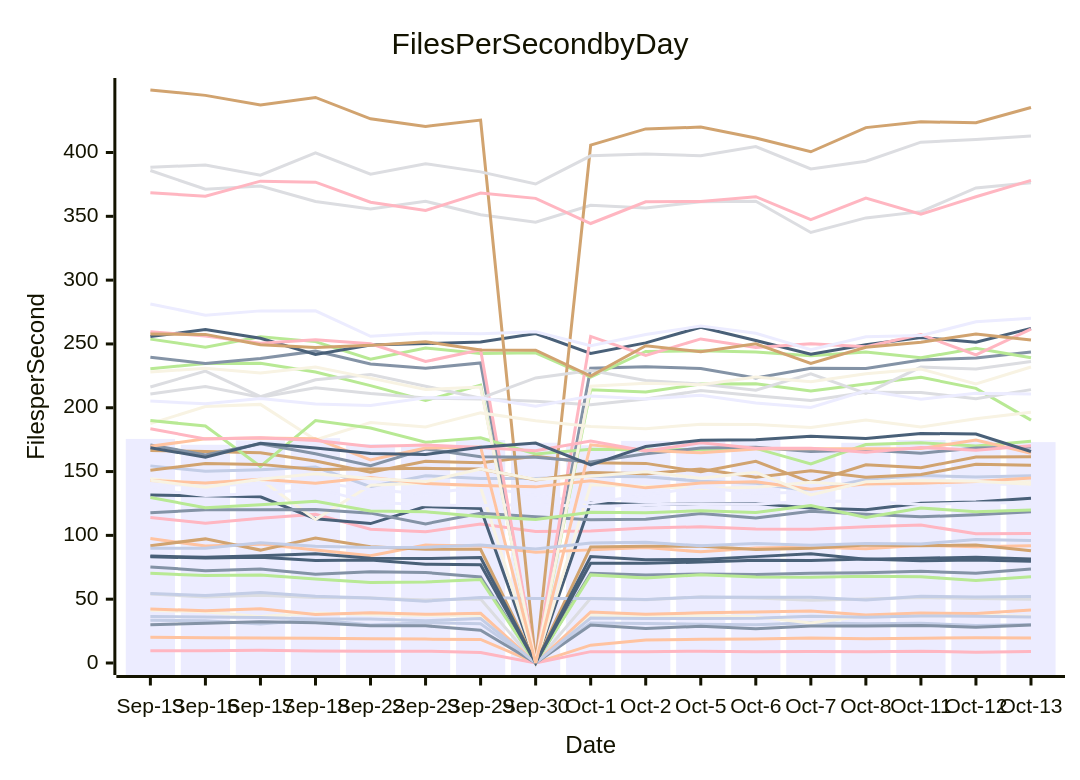
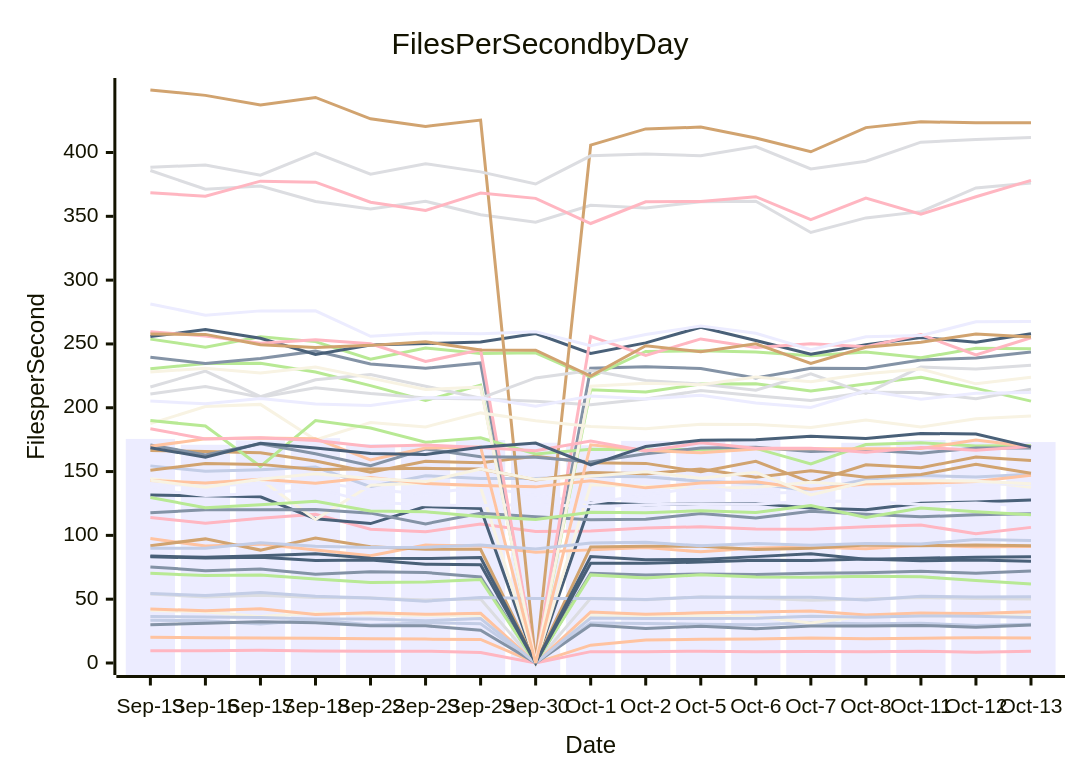
One commit to streetsidesoftware/cspell changed the diagram in perf-report.md. Above: the diagram before and after it, drawn with Mermaid. The commit also changed other lines of this file and 1 other file, not shown here.

````diff
--- a/perf-report.md
+++ b/perf-report.md
@@ -10,56 +10,56 @@
 ```mermaid
 xychart-beta
     title Files Per Second by Day
     y-axis Files per Second
     x-axis Date [Sep-13, Sep-16, Sep-17, Sep-18, Sep-22, Sep-23, Sep-29, Sep-30, Oct-1, Oct-2, Oct-5, Oct-6, Oct-7, Oct-8, Oct-11, Oct-12, Oct-13]
-    bar [175.56, 170.99, 174.42, 176.15, 171.49, 170.60, 174.68, 172.58, 170.62, 174.06, 173.76, 175.18, 167.77, 172.56, 174.72, 174.80, 173.05]
-    line [75.30, 72.34, 73.59, 69.54, 71.59, 70.97, 67.35, 0.00, 70.29, 68.90, 69.72, 69.41, 70.25, 70.73, 71.85, 70.24, 73.68]
-    line [20.10, 19.75, 19.58, 19.44, 18.99, 18.71, 18.44, 0.00, 13.99, 17.93, 18.69, 18.90, 19.50, 18.93, 19.44, 19.72, 19.56]
-    line [54.12, 51.77, 53.09, 51.40, 50.85, 49.44, 50.07, 0.00, 50.63, 49.63, 51.74, 50.84, 49.20, 50.07, 51.24, 50.63, 50.00]
-    line [230.62, 234.72, 234.92, 228.04, 217.32, 205.66, 217.69, 0.00, 214.10, 212.26, 218.65, 218.73, 213.23, 218.63, 223.89, 215.19, 190.30]
-    line [166.56, 165.69, 164.68, 158.25, 149.51, 158.09, 156.96, 161.98, 156.93, 156.41, 149.87, 157.99, 141.60, 155.38, 153.06, 161.38, 161.52]
-    line [154.46, 150.27, 151.44, 153.53, 138.23, 146.78, 144.54, 144.66, 146.29, 145.95, 142.41, 140.78, 134.58, 143.93, 146.90, 145.68, 146.73]
-    line [114.04, 109.51, 113.51, 116.46, 104.81, 102.79, 108.89, 103.13, 103.52, 105.79, 106.73, 104.92, 104.71, 106.75, 108.13, 101.27, 101.40]
-    line [131.63, 130.97, 130.22, 113.06, 109.25, 122.56, 121.09, 0.00, 125.59, 123.97, 124.90, 124.88, 121.42, 120.13, 125.23, 126.18, 129.15]
-    line [144.41, 139.70, 143.74, 112.39, 139.33, 141.10, 137.72, 0.00, 139.61, 138.23, 136.68, 137.77, 141.66, 138.90, 142.32, 142.51, 142.03]
-    line [140.59, 138.57, 140.62, 141.72, 135.93, 132.42, 137.90, 131.39, 125.40, 131.62, 137.96, 132.77, 133.94, 139.73, 137.65, 140.36, 139.64]
-    line [239.64, 234.60, 238.64, 244.36, 234.31, 230.98, 235.16, 0.00, 230.90, 232.18, 230.80, 223.37, 230.96, 230.80, 237.38, 239.08, 243.62]
-    line [97.52, 91.70, 93.14, 88.50, 84.12, 92.41, 91.76, 86.84, 88.64, 90.41, 87.11, 90.10, 90.92, 89.47, 92.20, 91.07, 91.92]
-    line [385.92, 371.23, 373.66, 361.57, 355.78, 361.81, 351.17, 345.43, 358.65, 356.52, 361.50, 361.77, 337.36, 348.77, 353.66, 372.23, 376.33]
-    line [253.77, 247.48, 255.65, 251.83, 237.98, 246.89, 242.54, 243.09, 224.03, 244.08, 244.73, 243.65, 240.74, 243.74, 239.12, 246.59, 239.18]
-    line [91.96, 97.25, 88.47, 97.89, 91.06, 89.08, 89.06, 0.00, 90.96, 91.55, 91.45, 89.01, 89.93, 92.54, 91.94, 92.43, 87.96]
-    line [33.48, 33.18, 30.65, 34.02, 29.87, 31.63, 30.68, 0.00, 31.32, 30.89, 30.33, 30.00, 31.45, 30.76, 31.21, 29.46, 30.12]
-    line [9.67, 9.68, 9.92, 9.37, 9.23, 9.26, 8.29, 0.00, 8.90, 8.75, 9.30, 8.76, 9.01, 8.84, 9.20, 8.48, 9.04]
-    line [255.75, 261.30, 254.48, 241.79, 249.14, 250.28, 251.57, 258.18, 242.58, 250.83, 263.10, 252.70, 241.96, 249.38, 255.08, 251.27, 262.23]
-    line [41.26, 40.08, 36.34, 39.18, 37.74, 37.18, 36.89, 0.00, 37.27, 36.89, 37.25, 36.15, 31.44, 37.05, 36.96, 37.36, 36.62]
-    line [136.08, 131.30, 132.64, 136.81, 125.88, 123.97, 123.26, 124.35, 122.36, 124.05, 124.82, 124.36, 126.90, 126.65, 124.16, 125.33, 125.50]
-    line [117.69, 120.09, 120.05, 120.31, 117.43, 109.01, 117.33, 114.51, 112.29, 112.71, 117.07, 113.67, 118.94, 116.57, 114.56, 116.10, 118.59]
-    line [42.24, 41.01, 42.53, 38.05, 39.43, 38.14, 38.94, 0.00, 39.96, 38.12, 39.36, 39.89, 40.71, 37.67, 39.08, 38.81, 41.50]
-    line [210.80, 216.66, 208.33, 215.69, 211.15, 207.60, 206.93, 205.06, 202.44, 206.85, 213.52, 209.33, 205.65, 212.19, 211.98, 207.11, 214.20]
-    line [70.27, 68.51, 69.01, 65.91, 63.15, 63.41, 65.35, 0.00, 69.02, 66.69, 69.13, 67.47, 67.16, 68.00, 67.55, 64.68, 67.50]
-    line [448.98, 444.77, 437.29, 443.15, 426.39, 420.42, 425.42, 0.00, 405.76, 418.50, 419.89, 411.38, 400.59, 419.52, 424.04, 423.37, 435.23]
-    line [54.54, 52.86, 55.21, 52.35, 50.94, 48.45, 51.30, 50.59, 50.58, 49.72, 51.81, 51.47, 51.46, 49.27, 52.29, 51.68, 52.10]
-    line [259.52, 256.30, 250.62, 253.31, 250.10, 236.21, 245.48, 0.00, 255.93, 241.02, 253.94, 247.24, 250.16, 247.84, 257.30, 241.45, 261.56]
-    line [83.34, 82.19, 82.78, 80.29, 80.65, 77.47, 76.93, 0.00, 78.07, 78.18, 79.10, 80.49, 80.39, 81.56, 80.21, 80.63, 79.65]
-    line [187.59, 200.94, 202.64, 174.86, 188.42, 184.98, 195.97, 189.74, 185.35, 183.52, 187.14, 186.91, 184.49, 190.34, 184.90, 191.40, 196.47]
-    line [281.31, 272.54, 275.91, 275.97, 256.03, 258.54, 258.01, 259.58, 248.67, 257.34, 264.03, 258.40, 245.57, 255.62, 256.53, 267.31, 270.20]
-    line [29.93, 31.17, 32.23, 31.60, 29.23, 29.18, 25.62, 0.00, 29.72, 27.11, 28.75, 26.92, 29.01, 28.90, 29.46, 28.10, 29.79]
-    line [142.95, 141.14, 143.95, 140.92, 145.29, 140.59, 139.11, 138.01, 142.88, 137.23, 141.05, 142.08, 136.09, 140.30, 140.84, 142.21, 144.96]
-    line [216.25, 228.77, 208.66, 221.89, 226.09, 216.90, 207.46, 223.39, 229.16, 221.30, 218.51, 213.71, 226.50, 211.28, 231.85, 230.37, 236.27]
-    line [189.95, 185.74, 153.97, 189.99, 184.11, 172.95, 176.46, 163.78, 167.39, 166.94, 167.31, 168.16, 155.92, 171.13, 172.58, 170.12, 173.76]
-    line [151.06, 156.36, 155.63, 151.63, 151.94, 152.50, 152.06, 143.32, 149.19, 148.32, 152.02, 145.55, 150.72, 145.51, 147.65, 155.73, 154.93]
-    line [36.42, 35.98, 35.70, 34.54, 34.55, 33.11, 34.81, 0.00, 35.17, 34.81, 34.91, 35.03, 36.57, 35.78, 36.79, 36.72, 36.01]
-    line [368.52, 365.71, 377.56, 376.77, 361.09, 354.59, 368.19, 364.07, 344.36, 361.41, 361.68, 365.40, 347.49, 364.22, 351.61, 365.32, 378.19]
-    line [83.78, 82.79, 83.96, 85.57, 82.01, 81.81, 82.67, 0.00, 83.49, 80.99, 81.07, 83.35, 85.60, 81.23, 82.10, 82.91, 81.45]
-    line [228.09, 230.87, 227.16, 231.88, 223.22, 214.31, 216.24, 0.00, 216.91, 219.11, 218.12, 224.03, 220.33, 226.62, 230.28, 218.75, 231.91]
-    line [205.22, 203.09, 207.23, 202.88, 201.82, 207.79, 207.90, 201.29, 209.19, 206.95, 209.81, 203.73, 200.20, 213.26, 206.70, 211.33, 210.86]
-    line [170.88, 163.08, 171.82, 163.97, 154.58, 167.67, 161.60, 161.14, 157.44, 164.03, 168.37, 169.06, 165.80, 166.84, 164.39, 168.52, 169.16]
-    line [169.76, 175.73, 176.36, 175.75, 159.14, 168.41, 169.31, 0.00, 170.99, 166.63, 164.65, 167.66, 167.88, 167.80, 168.10, 174.64, 164.40]
-    line [388.38, 390.24, 382.26, 399.81, 383.04, 391.20, 384.82, 375.34, 397.41, 398.74, 397.51, 404.63, 387.08, 393.22, 408.11, 410.12, 412.98]
-    line [129.64, 121.66, 124.08, 126.72, 119.08, 118.45, 114.87, 112.49, 118.05, 117.81, 119.24, 117.86, 123.32, 114.00, 121.45, 118.50, 119.79]
-    line [257.78, 257.49, 249.43, 247.25, 248.88, 251.75, 245.20, 245.06, 224.85, 248.59, 243.98, 250.11, 234.68, 247.40, 251.29, 257.74, 253.05]
-    line [89.85, 89.86, 94.27, 91.54, 90.45, 90.71, 92.55, 89.39, 93.96, 94.53, 91.86, 93.63, 92.24, 93.65, 93.28, 96.70, 96.02]
-    line [183.51, 175.60, 176.44, 174.39, 169.65, 170.91, 168.95, 166.28, 173.86, 166.13, 172.49, 168.21, 168.21, 165.09, 168.91, 166.70, 170.20]
-    line [168.68, 161.23, 172.09, 168.48, 164.20, 163.31, 169.03, 172.29, 155.24, 169.60, 174.57, 174.90, 177.64, 175.96, 179.86, 179.47, 165.71]
-    line [143.19, 137.67, 143.95, 148.30, 144.49, 142.14, 152.04, 143.84, 146.29, 149.93, 144.74, 149.38, 131.76, 142.06, 143.05, 142.42, 140.01]
+    bar [175.56, 170.99, 174.42, 176.15, 171.49, 170.60, 174.68, 172.58, 170.62, 174.06, 173.76, 175.18, 167.77, 172.56, 174.72, 174.80, 173.09]
+    line [75.30, 72.34, 73.59, 69.54, 71.59, 70.97, 67.35, 0.00, 70.29, 68.90, 69.72, 69.41, 70.25, 70.73, 71.85, 70.24, 72.17]
+    line [20.10, 19.75, 19.58, 19.44, 18.99, 18.71, 18.44, 0.00, 13.99, 17.93, 18.69, 18.90, 19.50, 18.93, 19.44, 19.72, 19.51]
+    line [54.12, 51.77, 53.09, 51.40, 50.85, 49.44, 50.07, 0.00, 50.63, 49.63, 51.74, 50.84, 49.20, 50.07, 51.24, 50.63, 50.15]
+    line [230.62, 234.72, 234.92, 228.04, 217.32, 205.66, 217.69, 0.00, 214.10, 212.26, 218.65, 218.73, 213.23, 218.63, 223.89, 215.19, 205.22]
+    line [166.56, 165.69, 164.68, 158.25, 149.51, 158.09, 156.96, 161.98, 156.93, 156.41, 149.87, 157.99, 141.60, 155.38, 153.06, 161.38, 158.74]
+    line [154.46, 150.27, 151.44, 153.53, 138.23, 146.78, 144.54, 144.66, 146.29, 145.95, 142.41, 140.78, 134.58, 143.93, 146.90, 145.68, 147.98]
+    line [114.04, 109.51, 113.51, 116.46, 104.81, 102.79, 108.89, 103.13, 103.52, 105.79, 106.73, 104.92, 104.71, 106.75, 108.13, 101.27, 106.27]
+    line [131.63, 130.97, 130.22, 113.06, 109.25, 122.56, 121.09, 0.00, 125.59, 123.97, 124.90, 124.88, 121.42, 120.13, 125.23, 126.18, 127.75]
+    line [144.41, 139.70, 143.74, 112.39, 139.33, 141.10, 137.72, 0.00, 139.61, 138.23, 136.68, 137.77, 141.66, 138.90, 142.32, 142.51, 137.71]
+    line [140.59, 138.57, 140.62, 141.72, 135.93, 132.42, 137.90, 131.39, 125.40, 131.62, 137.96, 132.77, 133.94, 139.73, 137.65, 140.36, 140.00]
+    line [239.64, 234.60, 238.64, 244.36, 234.31, 230.98, 235.16, 0.00, 230.90, 232.18, 230.80, 223.37, 230.96, 230.80, 237.38, 239.08, 243.71]
+    line [97.52, 91.70, 93.14, 88.50, 84.12, 92.41, 91.76, 86.84, 88.64, 90.41, 87.11, 90.10, 90.92, 89.47, 92.20, 91.07, 91.35]
+    line [385.92, 371.23, 373.66, 361.57, 355.78, 361.81, 351.17, 345.43, 358.65, 356.52, 361.50, 361.77, 337.36, 348.77, 353.66, 372.23, 376.04]
+    line [253.77, 247.48, 255.65, 251.83, 237.98, 246.89, 242.54, 243.09, 224.03, 244.08, 244.73, 243.65, 240.74, 243.74, 239.12, 246.59, 246.26]
+    line [91.96, 97.25, 88.47, 97.89, 91.06, 89.08, 89.06, 0.00, 90.96, 91.55, 91.45, 89.01, 89.93, 92.54, 91.94, 92.43, 91.86]
+    line [33.48, 33.18, 30.65, 34.02, 29.87, 31.63, 30.68, 0.00, 31.32, 30.89, 30.33, 30.00, 31.45, 30.76, 31.21, 29.46, 30.45]
+    line [9.67, 9.68, 9.92, 9.37, 9.23, 9.26, 8.29, 0.00, 8.90, 8.75, 9.30, 8.76, 9.01, 8.84, 9.20, 8.48, 9.17]
+    line [255.75, 261.30, 254.48, 241.79, 249.14, 250.28, 251.57, 258.18, 242.58, 250.83, 263.10, 252.70, 241.96, 249.38, 255.08, 251.27, 258.06]
+    line [41.26, 40.08, 36.34, 39.18, 37.74, 37.18, 36.89, 0.00, 37.27, 36.89, 37.25, 36.15, 31.44, 37.05, 36.96, 37.36, 36.75]
+    line [136.08, 131.30, 132.64, 136.81, 125.88, 123.97, 123.26, 124.35, 122.36, 124.05, 124.82, 124.36, 126.90, 126.65, 124.16, 125.33, 122.83]
+    line [117.69, 120.09, 120.05, 120.31, 117.43, 109.01, 117.33, 114.51, 112.29, 112.71, 117.07, 113.67, 118.94, 116.57, 114.56, 116.10, 116.86]
+    line [42.24, 41.01, 42.53, 38.05, 39.43, 38.14, 38.94, 0.00, 39.96, 38.12, 39.36, 39.89, 40.71, 37.67, 39.08, 38.81, 40.21]
+    line [210.80, 216.66, 208.33, 215.69, 211.15, 207.60, 206.93, 205.06, 202.44, 206.85, 213.52, 209.33, 205.65, 212.19, 211.98, 207.11, 214.60]
+    line [70.27, 68.51, 69.01, 65.91, 63.15, 63.41, 65.35, 0.00, 69.02, 66.69, 69.13, 67.47, 67.16, 68.00, 67.55, 64.68, 61.84]
+    line [448.98, 444.77, 437.29, 443.15, 426.39, 420.42, 425.42, 0.00, 405.76, 418.50, 419.89, 411.38, 400.59, 419.52, 424.04, 423.37, 423.41]
+    line [54.54, 52.86, 55.21, 52.35, 50.94, 48.45, 51.30, 50.59, 50.58, 49.72, 51.81, 51.47, 51.46, 49.27, 52.29, 51.68, 51.92]
+    line [259.52, 256.30, 250.62, 253.31, 250.10, 236.21, 245.48, 0.00, 255.93, 241.02, 253.94, 247.24, 250.16, 247.84, 257.30, 241.45, 254.85]
+    line [83.34, 82.19, 82.78, 80.29, 80.65, 77.47, 76.93, 0.00, 78.07, 78.18, 79.10, 80.49, 80.39, 81.56, 80.21, 80.63, 79.72]
+    line [187.59, 200.94, 202.64, 174.86, 188.42, 184.98, 195.97, 189.74, 185.35, 183.52, 187.14, 186.91, 184.49, 190.34, 184.90, 191.40, 193.56]
+    line [281.31, 272.54, 275.91, 275.97, 256.03, 258.54, 258.01, 259.58, 248.67, 257.34, 264.03, 258.40, 245.57, 255.62, 256.53, 267.31, 267.66]
+    line [29.93, 31.17, 32.23, 31.60, 29.23, 29.18, 25.62, 0.00, 29.72, 27.11, 28.75, 26.92, 29.01, 28.90, 29.46, 28.10, 29.78]
+    line [142.95, 141.14, 143.95, 140.92, 145.29, 140.59, 139.11, 138.01, 142.88, 137.23, 141.05, 142.08, 136.09, 140.30, 140.84, 142.21, 147.18]
+    line [216.25, 228.77, 208.66, 221.89, 226.09, 216.90, 207.46, 223.39, 229.16, 221.30, 218.51, 213.71, 226.50, 211.28, 231.85, 230.37, 233.32]
+    line [189.95, 185.74, 153.97, 189.99, 184.11, 172.95, 176.46, 163.78, 167.39, 166.94, 167.31, 168.16, 155.92, 171.13, 172.58, 170.12, 170.46]
+    line [151.06, 156.36, 155.63, 151.63, 151.94, 152.50, 152.06, 143.32, 149.19, 148.32, 152.02, 145.55, 150.72, 145.51, 147.65, 155.73, 148.69]
+    line [36.42, 35.98, 35.70, 34.54, 34.55, 33.11, 34.81, 0.00, 35.17, 34.81, 34.91, 35.03, 36.57, 35.78, 36.79, 36.72, 35.66]
+    line [368.52, 365.71, 377.56, 376.77, 361.09, 354.59, 368.19, 364.07, 344.36, 361.41, 361.68, 365.40, 347.49, 364.22, 351.61, 365.32, 378.13]
+    line [83.78, 82.79, 83.96, 85.57, 82.01, 81.81, 82.67, 0.00, 83.49, 80.99, 81.07, 83.35, 85.60, 81.23, 82.10, 82.91, 83.29]
+    line [228.09, 230.87, 227.16, 231.88, 223.22, 214.31, 216.24, 0.00, 216.91, 219.11, 218.12, 224.03, 220.33, 226.62, 230.28, 218.75, 223.84]
+    line [205.22, 203.09, 207.23, 202.88, 201.82, 207.79, 207.90, 201.29, 209.19, 206.95, 209.81, 203.73, 200.20, 213.26, 206.70, 211.33, 212.01]
+    line [170.88, 163.08, 171.82, 163.97, 154.58, 167.67, 161.60, 161.14, 157.44, 164.03, 168.37, 169.06, 165.80, 166.84, 164.39, 168.52, 168.53]
+    line [169.76, 175.73, 176.36, 175.75, 159.14, 168.41, 169.31, 0.00, 170.99, 166.63, 164.65, 167.66, 167.88, 167.80, 168.10, 174.64, 169.36]
+    line [388.38, 390.24, 382.26, 399.81, 383.04, 391.20, 384.82, 375.34, 397.41, 398.74, 397.51, 404.63, 387.08, 393.22, 408.11, 410.12, 411.75]
+    line [129.64, 121.66, 124.08, 126.72, 119.08, 118.45, 114.87, 112.49, 118.05, 117.81, 119.24, 117.86, 123.32, 114.00, 121.45, 118.50, 116.19]
+    line [257.78, 257.49, 249.43, 247.25, 248.88, 251.75, 245.20, 245.06, 224.85, 248.59, 243.98, 250.11, 234.68, 247.40, 251.29, 257.74, 255.41]
+    line [89.85, 89.86, 94.27, 91.54, 90.45, 90.71, 92.55, 89.39, 93.96, 94.53, 91.86, 93.63, 92.24, 93.65, 93.28, 96.70, 96.06]
+    line [183.51, 175.60, 176.44, 174.39, 169.65, 170.91, 168.95, 166.28, 173.86, 166.13, 172.49, 168.21, 168.21, 165.09, 168.91, 166.70, 169.55]
+    line [168.68, 161.23, 172.09, 168.48, 164.20, 163.31, 169.03, 172.29, 155.24, 169.60, 174.57, 174.90, 177.64, 175.96, 179.86, 179.47, 169.37]
+    line [143.19, 137.67, 143.95, 148.30, 144.49, 142.14, 152.04, 143.84, 146.29, 149.93, 144.74, 149.38, 131.76, 142.06, 143.05, 142.42, 140.40]
 ```
````
